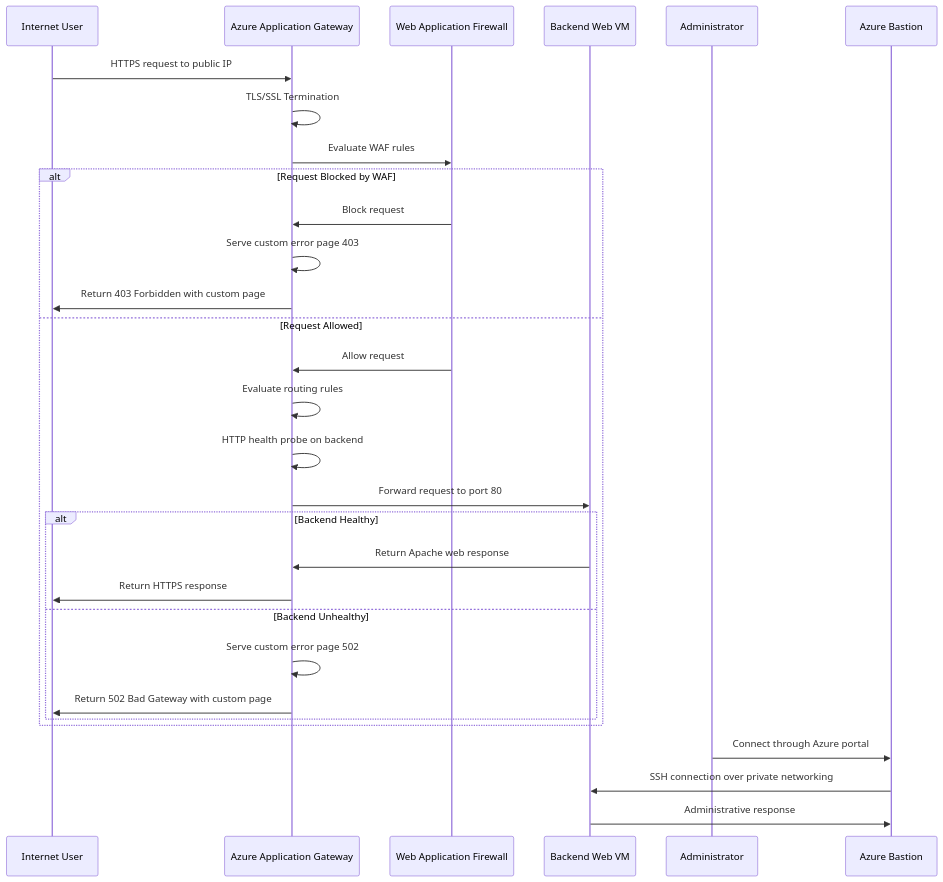
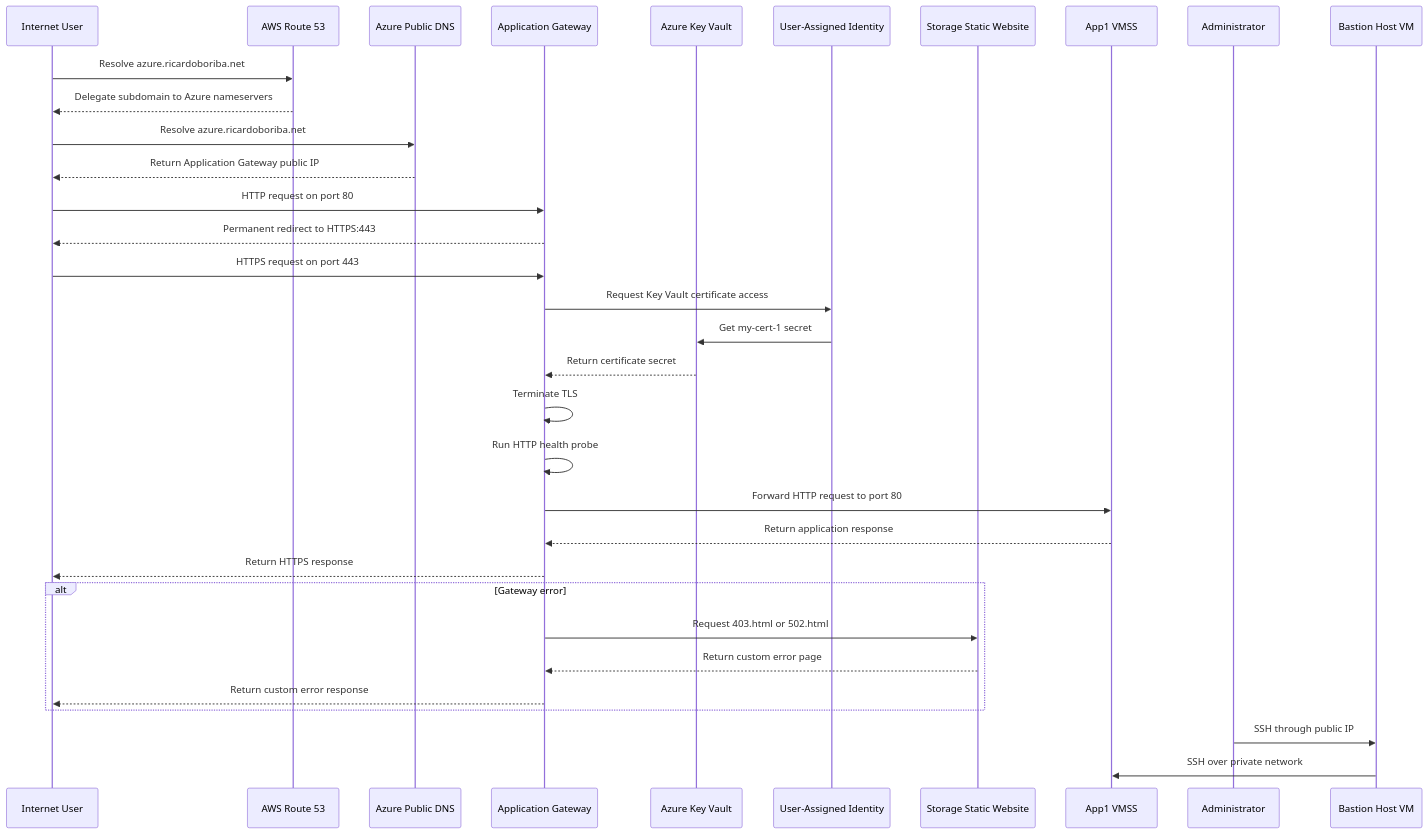
The diagram in 04-Project05-ApplicationGateway-SSL/README.md (Richardbmk/azure-architecture-solutions), drawn with Mermaid before and after one commit. The commit also changed other lines of this file and 1 other file, not shown here.

````diff
--- a/04-Project05-ApplicationGateway-SSL/README.md
+++ b/04-Project05-ApplicationGateway-SSL/README.md
@@ -80,34 +29,38 @@
 ```mermaid
 sequenceDiagram
     participant User as Internet User
-    participant AppGW as Azure Application Gateway
-    participant WAF as Web Application Firewall
-    participant VM as Backend Web VM
+    participant AWS as AWS Route 53
+    participant AzureDNS as Azure Public DNS
+    participant Gateway as Application Gateway
+    participant KV as Azure Key Vault
+    participant Identity as User-Assigned Identity
+    participant Storage as Storage Static Website
+    participant VMSS as App1 VMSS
     participant Admin as Administrator
-    participant Bastion as Azure Bastion
+    participant Bastion as Bastion Host VM
 
-    User->>AppGW: HTTPS request to public IP
-    AppGW->>AppGW: TLS/SSL Termination
-    AppGW->>WAF: Evaluate WAF rules
-    alt Request Blocked by WAF
-        WAF->>AppGW: Block request
-        AppGW->>AppGW: Serve custom error page 403
-        AppGW->>User: Return 403 Forbidden with custom page
-    else Request Allowed
-        WAF->>AppGW: Allow request
-        AppGW->>AppGW: Evaluate routing rules
-        AppGW->>AppGW: HTTP health probe on backend
-        AppGW->>VM: Forward request to port 80
-        alt Backend Healthy
-            VM->>AppGW: Return Apache web response
-            AppGW->>User: Return HTTPS response
-        else Backend Unhealthy
-            AppGW->>AppGW: Serve custom error page 502
-            AppGW->>User: Return 502 Bad Gateway with custom page
-        end
+    User->>AWS: Resolve azure.ricardoboriba.net
+    AWS-->>User: Delegate subdomain to Azure nameservers
+    User->>AzureDNS: Resolve azure.ricardoboriba.net
+    AzureDNS-->>User: Return Application Gateway public IP
+    User->>Gateway: HTTP request on port 80
+    Gateway-->>User: Permanent redirect to HTTPS:443
+    User->>Gateway: HTTPS request on port 443
+    Gateway->>Identity: Request Key Vault certificate access
+    Identity->>KV: Get my-cert-1 secret
+    KV-->>Gateway: Return certificate secret
+    Gateway->>Gateway: Terminate TLS
+    Gateway->>Gateway: Run HTTP health probe
+    Gateway->>VMSS: Forward HTTP request to port 80
+    VMSS-->>Gateway: Return application response
+    Gateway-->>User: Return HTTPS response
+
+    alt Gateway error
+        Gateway->>Storage: Request 403.html or 502.html
+        Storage-->>Gateway: Return custom error page
+        Gateway-->>User: Return custom error response
     end
 
-    Admin->>Bastion: Connect through Azure portal
-    Bastion->>VM: SSH connection over private networking
-    VM->>Bastion: Administrative response
+    Admin->>Bastion: SSH through public IP
+    Bastion->>VMSS: SSH over private network
 ```
````
